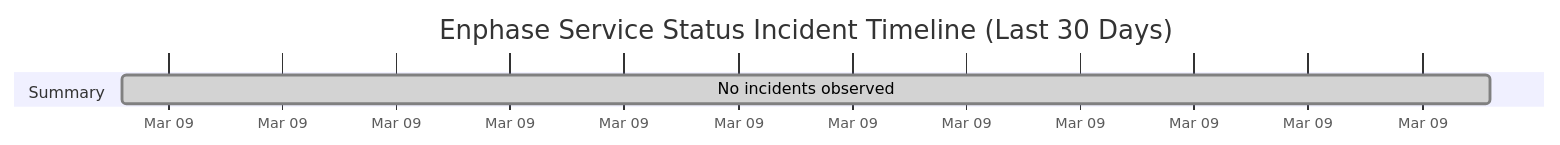
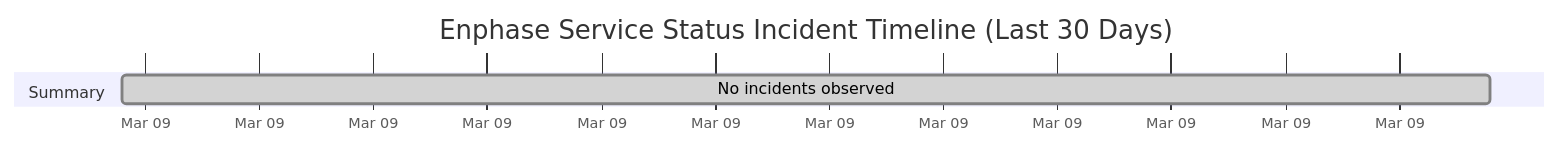
The diagram in wiki/Service-Status-History.md (barneyonline/ha-enphase-ev-charger), drawn with Mermaid before and after one commit. The commit also changed other lines of this file and 3 other files, not shown here.

````diff
--- a/wiki/Service-Status-History.md
+++ b/wiki/Service-Status-History.md
@@ -14,8 +14,8 @@
 ```mermaid
 gantt
     title Enphase Service Status Incident Timeline (Last 30 Days)
     dateFormat  YYYY-MM-DDTHH:mm:ss
     axisFormat  %b %d
     section Summary
-    No incidents observed :done, 2026-03-09T17:40:38, 1m
+    No incidents observed :done, 2026-03-09T18:39:04, 1m
 ```
````
